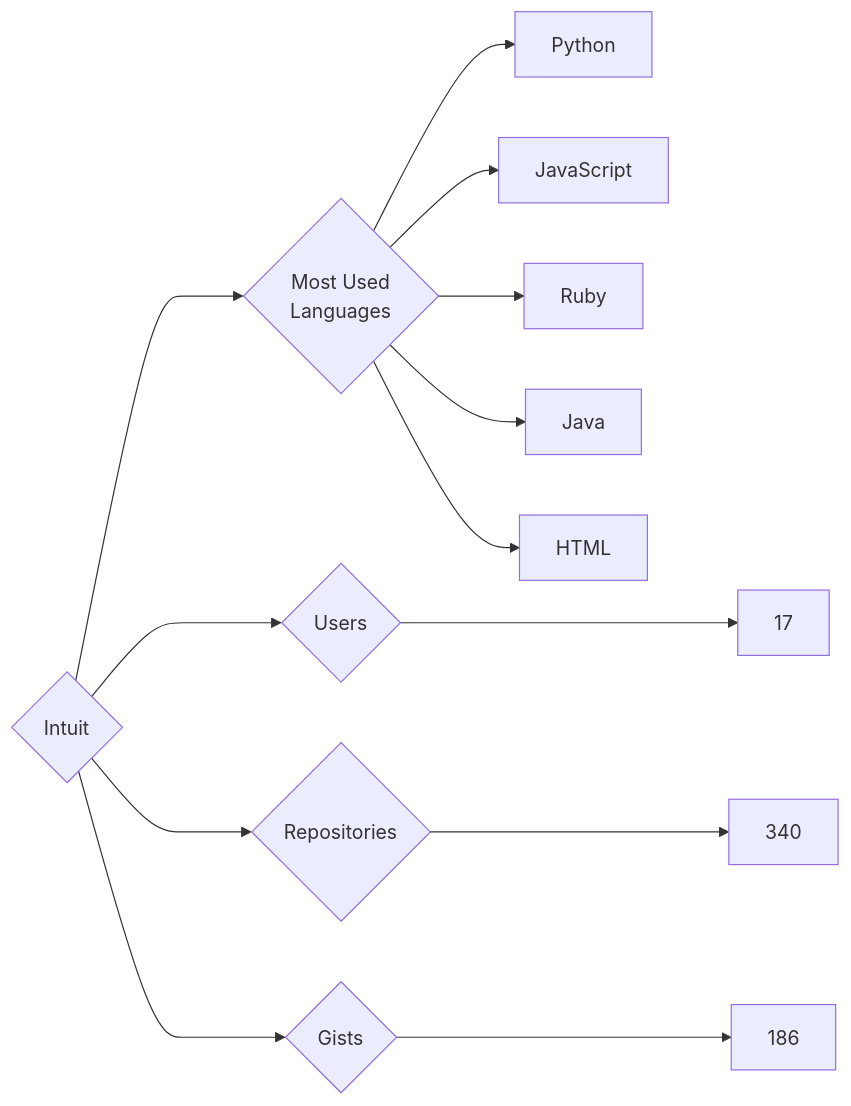
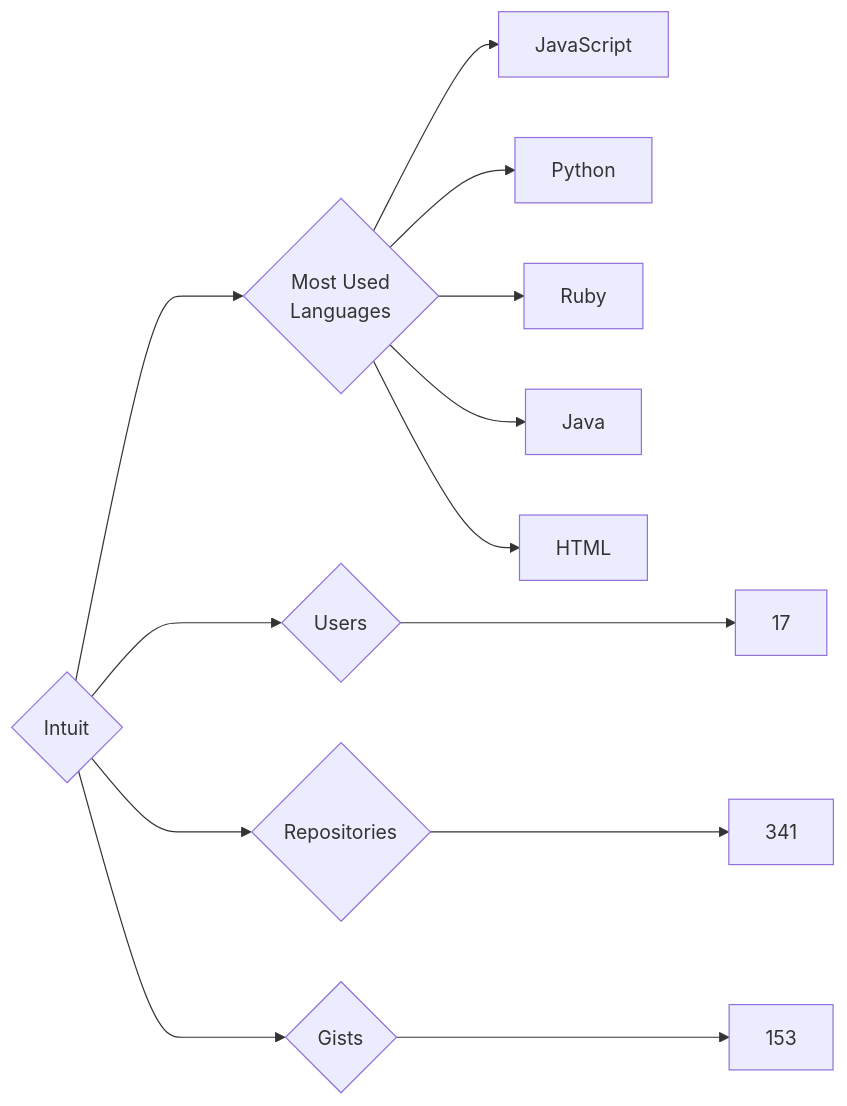
One commit to trickest/insiders changed the diagram in targets/Intuit/README.md. Above: the diagram before and after it, drawn with Mermaid. The commit also changed 594 other files, not shown here.

````diff
--- a/targets/Intuit/README.md
+++ b/targets/Intuit/README.md
@@ -3,13 +3,13 @@
 ```mermaid
 graph LR
 COMPANY_NAME{Intuit}
 COMPANY_NAME ---> U{Users} ---> UN[17]
-COMPANY_NAME ---> R{Repositories} ---> RN[340]
-COMPANY_NAME ---> G{Gists} ---> GN[186]
+COMPANY_NAME ---> R{Repositories} ---> RN[341]
+COMPANY_NAME ---> G{Gists} ---> GN[153]
 COMPANY_NAME ---> ML{Most Used<br>Languages}
+ML --> JavaScript[JavaScript]
 ML --> Python[Python]
-ML --> JavaScript[JavaScript]
 ML --> Ruby[Ruby]
 ML --> Java[Java]
 ML --> HTML[HTML]
 ```
````
